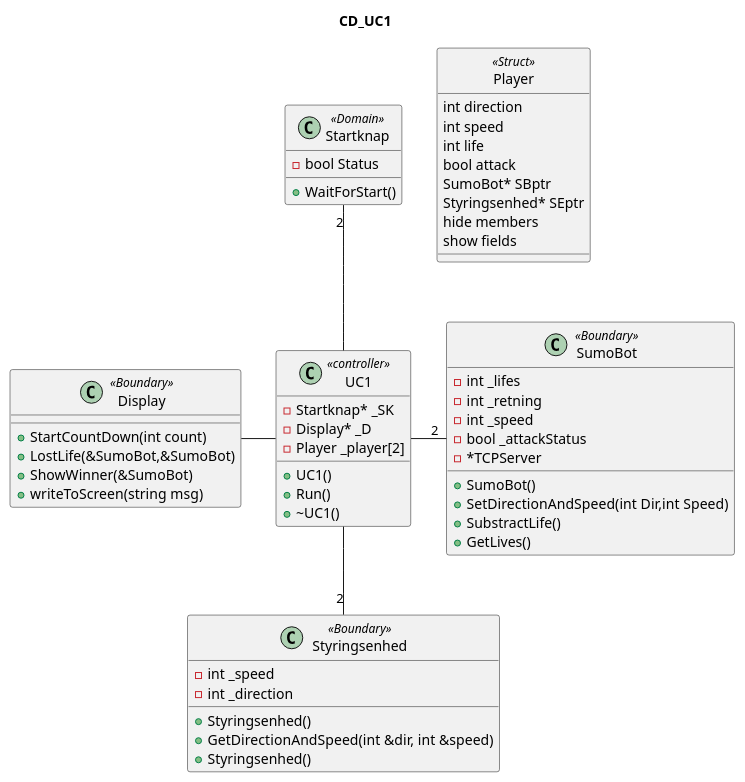
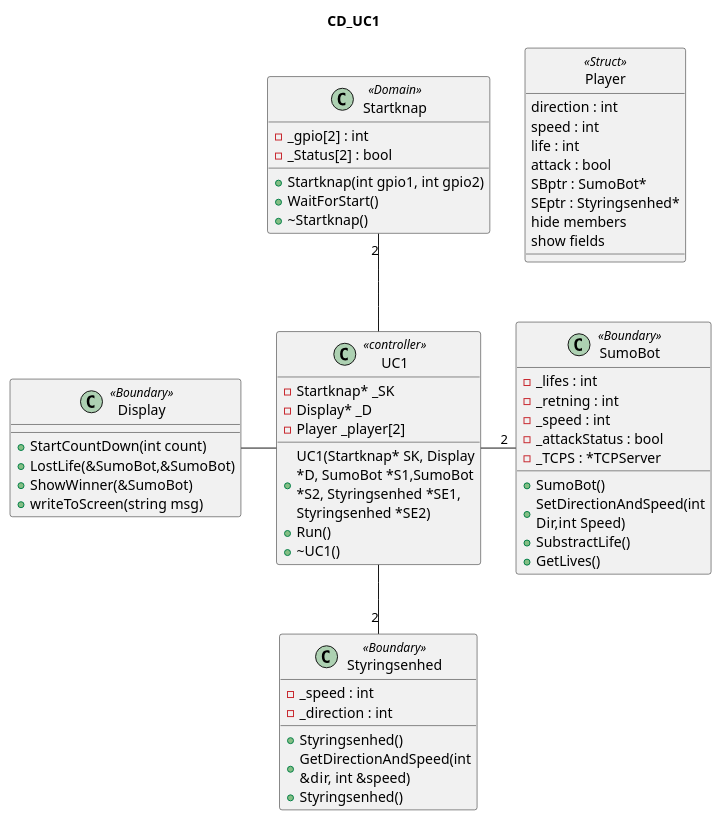
One commit to Solvgraa-mager/E3PRJ3 changed the diagram in Diagrammer/CentralComputer/ClassDiagram/ClassDiagram.plantuml. Above: the diagram before and after it, drawn with PlantUML. The commit also changed 9 other files, not shown here.

```diff
--- a/Diagrammer/CentralComputer/ClassDiagram/ClassDiagram.plantuml
+++ b/Diagrammer/CentralComputer/ClassDiagram/ClassDiagram.plantuml
@@ -1,61 +1,67 @@
 @startuml
 title CD_UC1
 
+skinparam wrapWidth 200
+
 class UC1 <<controller>>{
-    +UC1()
+    +UC1(Startknap* SK, Display *D, SumoBot *S1,SumoBot *S2, Styringsenhed *SE1, Styringsenhed *SE2)
     +Run()
     +~UC1()
     -Startknap* _SK
     -Display* _D
     -Player _player[2]
 }
 
 class Startknap <<Domain>>{
--bool Status
+-_gpio[2] : int
+-_Status[2] : bool
++Startknap(int gpio1, int gpio2)
 +WaitForStart()
++~Startknap()
+
 }
 
 class Display<<Boundary>>{
     +StartCountDown(int count)
     +LostLife(&SumoBot,&SumoBot)
     +ShowWinner(&SumoBot)
     +writeToScreen(string msg)
 }
 
 class SumoBot <<Boundary>>{
-    - int _lifes
-    -int _retning
-    -int _speed
-    -bool _attackStatus
+    - _lifes : int
+    -_retning : int
+    -_speed : int
+    -_attackStatus : bool
     +SumoBot()
     +SetDirectionAndSpeed(int Dir,int Speed)
     +SubstractLife()
     +GetLives()
-    - *TCPServer
+    - _TCPS : *TCPServer
 }
 class Styringsenhed <<Boundary>>{
-   - int _speed
-    -int _direction
+   - _speed : int
+    -_direction : int
     +Styringsenhed()
     +GetDirectionAndSpeed(int &dir, int &speed)
     +Styringsenhed()
 }
 
 class Player <<Struct>> {
-int direction
-int speed
-int life
-bool attack
-SumoBot* SBptr
-Styringsenhed* SEptr
+direction : int
+speed : int
+life : int
+attack : bool 
+SBptr : SumoBot*
+SEptr : Styringsenhed*
 hide members
 show fields
 }
 hide <<Struct>> circle
 
 Startknap"2" -- UC1
 UC1 -- "2"Styringsenhed
 UC1 - "2"SumoBot
 Display - UC1
 
 @enduml
```
